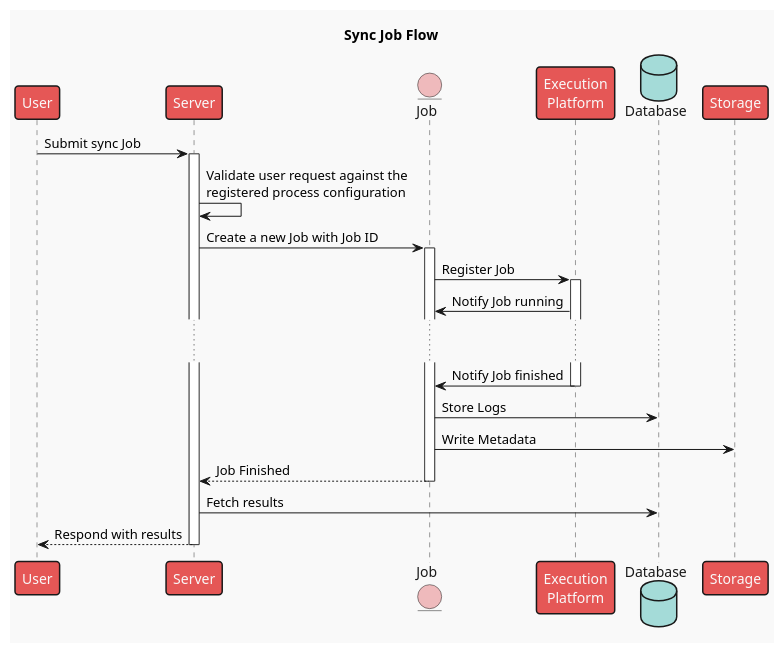
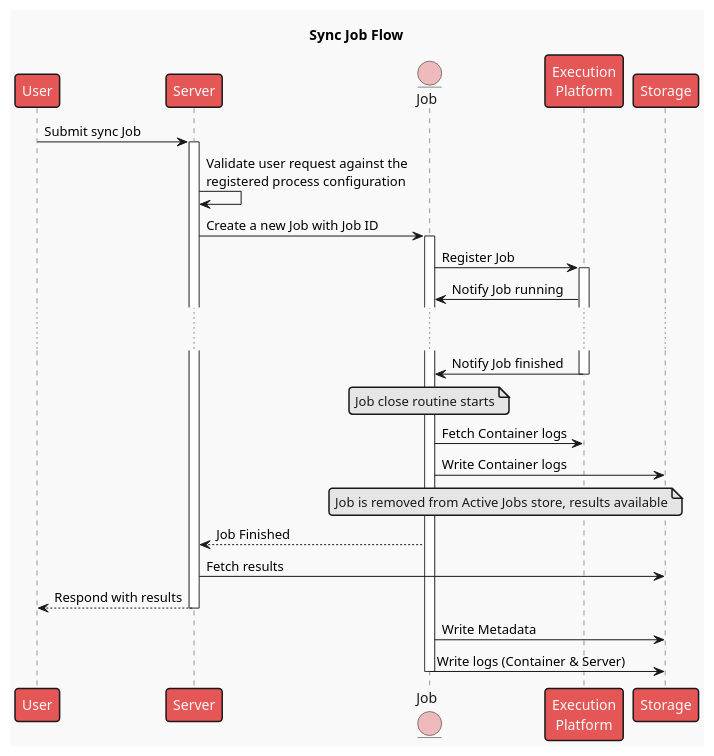
The diagram in imgs/umls/sequence-diagrams/sync-job.puml (Dewberry/process-api), drawn with PlantUML before and after one commit. The commit also changed 4 other files, not shown here.

Commit message:
Update UML diagrams

```diff
--- a/imgs/umls/sequence-diagrams/sync-job.puml
+++ b/imgs/umls/sequence-diagrams/sync-job.puml
@@ -1,38 +1,43 @@
 @startuml sync-job
 !theme mars
 
 title Sync Job Flow
 
 participant User
 participant Server
 entity Job
 participant "Execution\nPlatform"
-database Database
 participant Storage
 
 User -> Server: Submit sync Job
 activate Server
 
 Server -> Server: Validate user request against the\nregistered process configuration
 
 Server -> Job: Create a new Job with Job ID
 activate Job
 Job -> "Execution\nPlatform": Register Job
 activate "Execution\nPlatform"
 
 
 
 "Execution\nPlatform" -> Job: Notify Job running
 ... ...
 "Execution\nPlatform" -> Job: Notify Job finished
 deactivate "Execution\nPlatform"
-Job -> Database: Store Logs
-Job -> Storage: Write Metadata
+note over Job: Job close routine starts
+
+Job -> "Execution\nPlatform": Fetch Container logs
+Job -> Storage: Write Container logs
+note over Job, "Execution\nPlatform": Job is removed from Active Jobs store, results available
 Job --> Server: Job Finished
-deactivate Job
 
-Server -> Database: Fetch results
+Server -> Storage: Fetch results
 Server --> User: Respond with results
 deactivate Server
 
+Job -> Storage: Write Metadata
+Job -> Storage: Write logs (Container & Server)
+deactivate Job
+
 @enduml
```
